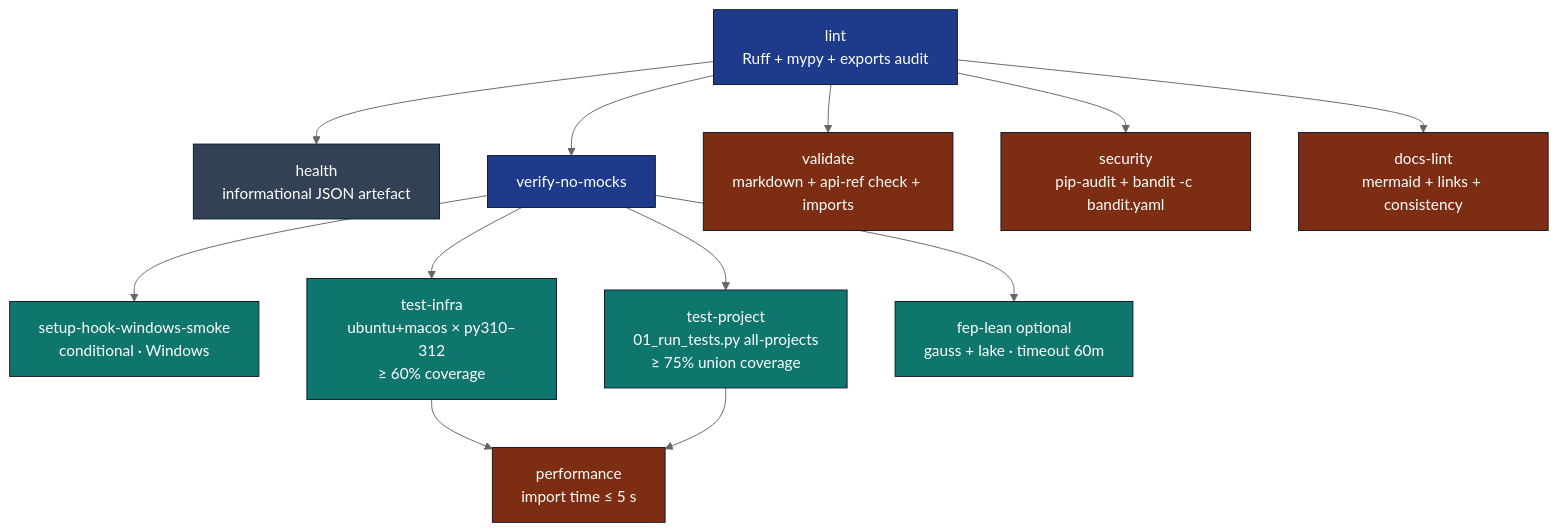
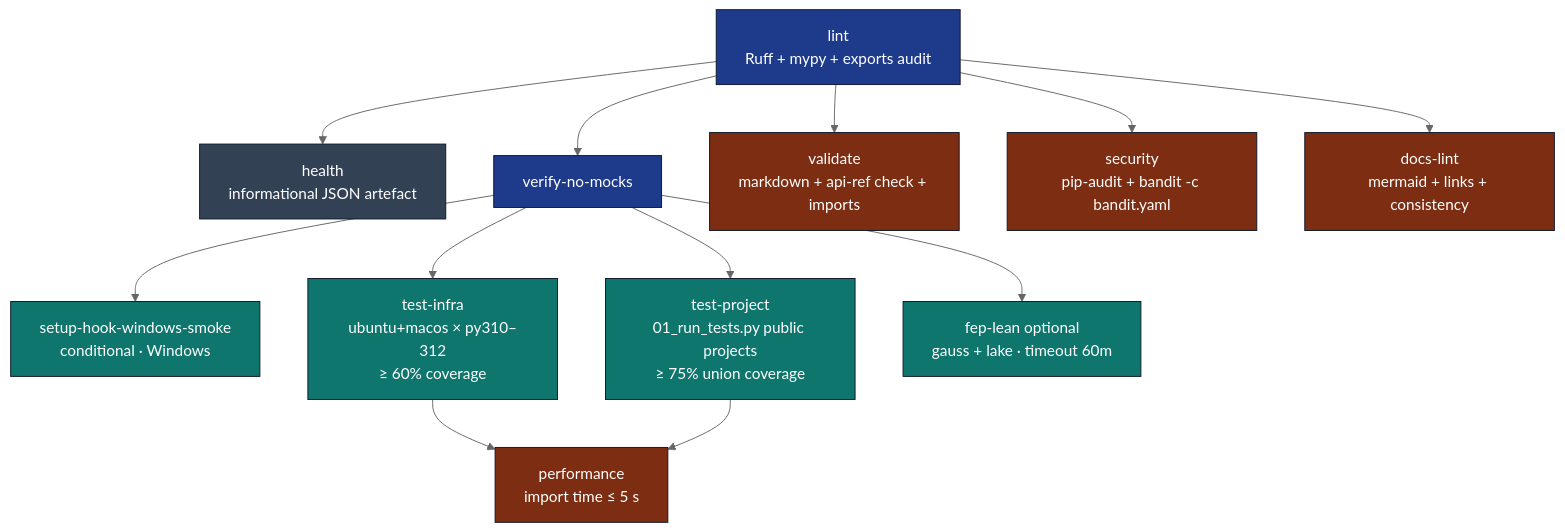
One commit to docxology/template changed the diagram in .github/workflows/README.md. Above: the diagram before and after it, drawn with Mermaid (neutral theme). The commit also changed other lines of this file and 317 other files, not shown here.

````diff
--- a/.github/workflows/README.md
+++ b/.github/workflows/README.md
@@ -21,23 +21,23 @@
 ```mermaid
 flowchart TB
     LINT[lint<br/>Ruff + mypy + exports audit] --> HEALTH[health<br/>informational JSON artefact]
     LINT --> VNM[verify-no-mocks]
     LINT --> VAL[validate<br/>markdown + api-ref check + imports]
     LINT --> SEC[security<br/>pip-audit + bandit -c bandit.yaml]
     LINT --> DL[docs-lint<br/>mermaid + links + consistency]
     VNM --> SHW[setup-hook-windows-smoke<br/>conditional · Windows]
     VNM --> TI[test-infra<br/>ubuntu+macos × py310–312<br/>≥ 60% coverage]
-    VNM --> TP[test-project<br/>01_run_tests.py all-projects<br/>≥ 75% union coverage]
+    VNM --> TP[test-project<br/>01_run_tests.py public projects<br/>≥ 75% union coverage]
     VNM --> FL[fep-lean optional<br/>gauss + lake · timeout 60m]
     TI --> PERF[performance<br/>import time ≤ 5 s]
     TP --> PERF
 
     classDef gate fill:#1e3a8a,stroke:#0f172a,color:#fff
     classDef matrix fill:#0f766e,stroke:#0f172a,color:#fff
     classDef terminal fill:#7c2d12,stroke:#0f172a,color:#fff
     classDef info fill:#334155,stroke:#0f172a,color:#fff
     class LINT,VNM gate
     class TI,TP,FL,SHW matrix
     class VAL,SEC,DL,PERF terminal
     class HEALTH info
 ```
````
